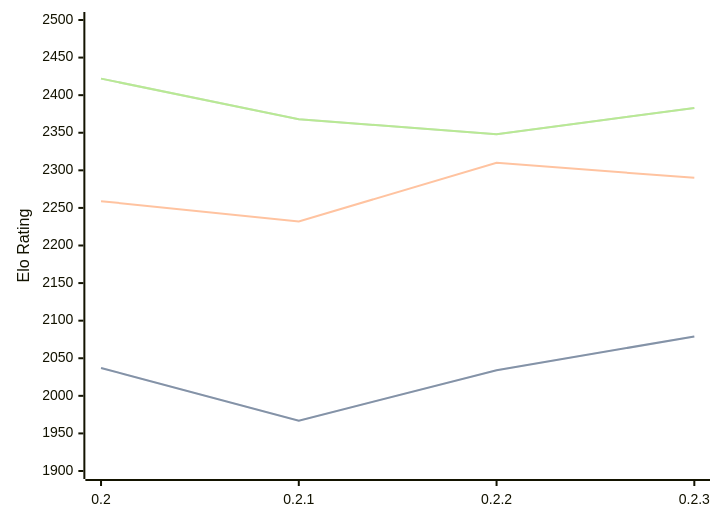
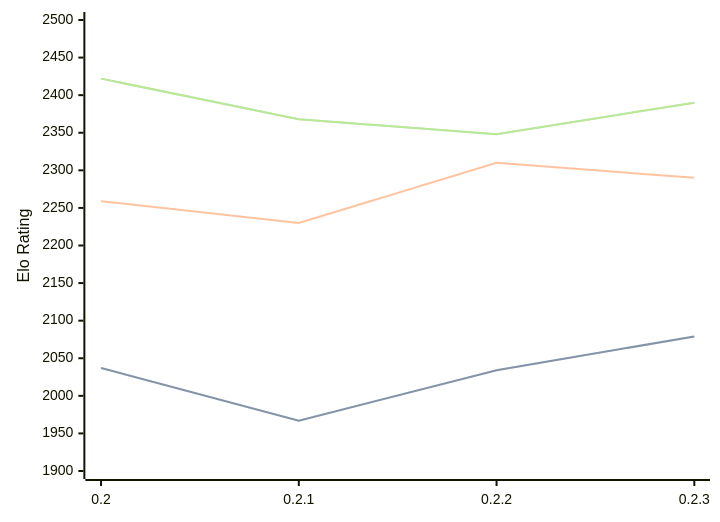
One commit to computer-chess-index/cci changed the diagram in engines/Lolbot.md. Above: the diagram before and after it, drawn with Mermaid. The commit also changed other lines of this file, not shown here.

Commit message:
Update CCI Ratings (ELO VLTC) - 2026-02-19

````diff
--- a/engines/Lolbot.md
+++ b/engines/Lolbot.md
@@ -32,11 +32,11 @@
 ```mermaid
 %%{init: {"theme":"base","themeVariables":{"seriesColors:['#a3a3a3','#222221','#faa371']}}}%%
 xychart-beta
   x-axis ["0.2", "0.2.1", "0.2.2", "0.2.3"]
   y-axis "Elo Rating" 1900 --> 2500
   line "STC (8.0+0.08s)" [2037, 1967, 2034, 2079]
   line "STC (8.0+0.08s)" [2037, 1967, 2034, 2079]
-  line "LTC (60.0+0.60s)" [2259, 2232, 2310, 2290]
-  line "VLTC (2m24s+1.12s)" [2422, 2368, 2348, 2383]
-  line "VLTC (2m24s+1.12s)" [2422, 2368, 2348, 2383]
+  line "LTC (60.0+0.60s)" [2259, 2230, 2310, 2290]
+  line "VLTC (2m24s+1.12s)" [2422, 2368, 2348, 2390]
+  line "VLTC (2m24s+1.12s)" [2422, 2368, 2348, 2390]
 ```
````
